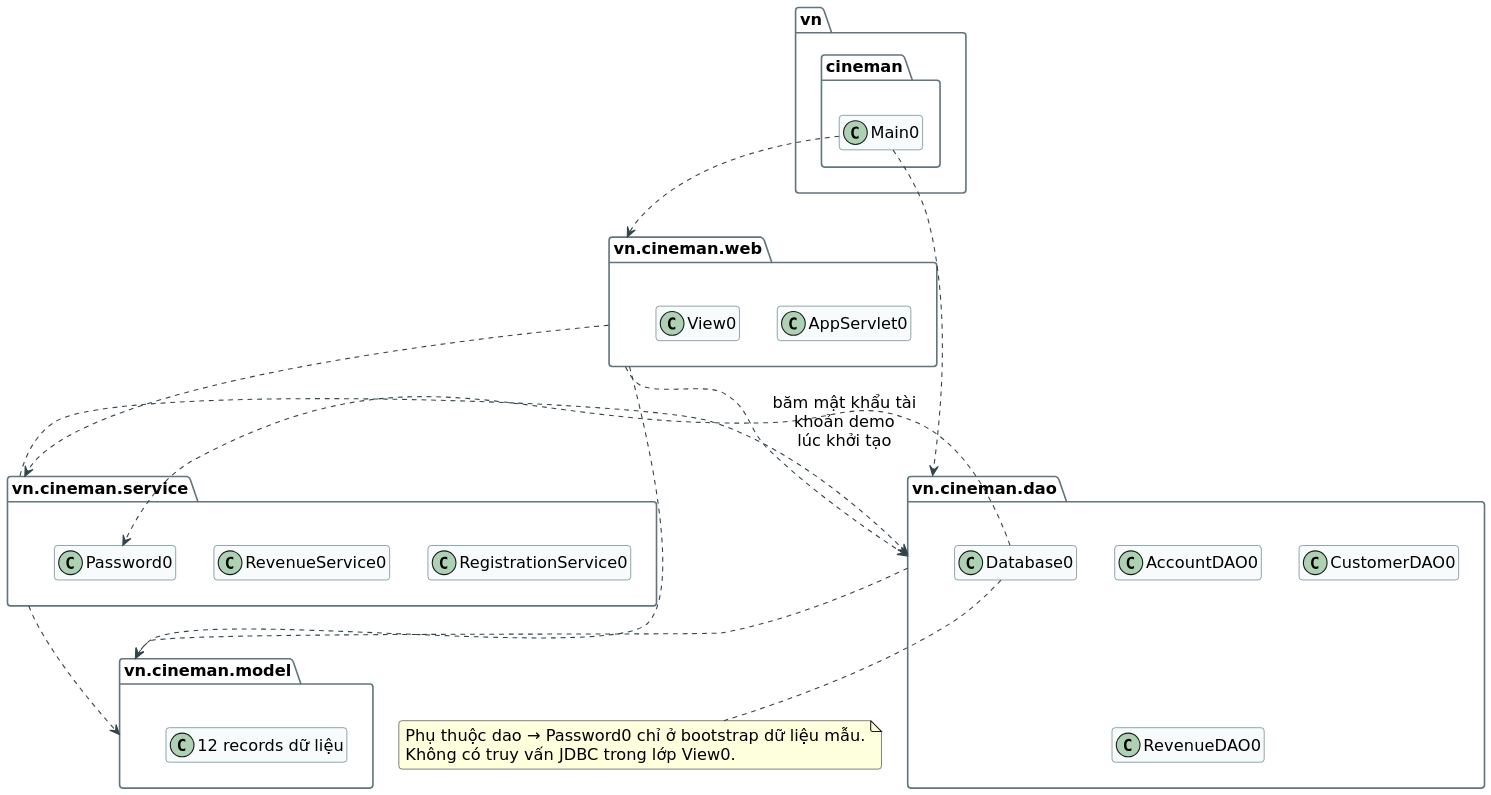
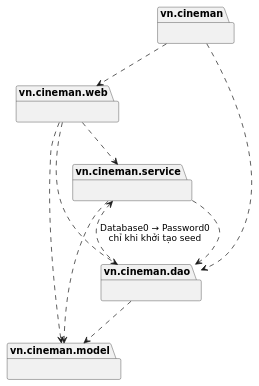
The diagram in uml/thiet-ke/14-packages.puml (tinhatinh/PTTK), drawn with PlantUML before and after one commit. The commit also changed 91 other files, not shown here.

Commit message:
Build editable Visual Paradigm project and export 20 sharp UML diagrams

```diff
--- a/uml/thiet-ke/14-packages.puml
+++ b/uml/thiet-ke/14-packages.puml
@@ -1,49 +1,23 @@
 @startuml 14-packages
 skinparam defaultFontName DejaVu Sans
-skinparam defaultFontSize 15
 skinparam shadowing false
-skinparam backgroundColor white
-skinparam ArrowColor #33444C
-skinparam classBackgroundColor #F8FBFB
-skinparam classBorderColor #335D64
-skinparam packageBorderColor #60757D
-skinparam roundcorner 6
-skinparam dpi 150
-skinparam maxMessageSize 180
-hide empty members
-top to bottom direction
-package "vn.cineman" {
- class Main0
+package "vn.cineman" as main {
 }
-package "vn.cineman.web" as W {
- class AppServlet0
-class View0
+package "vn.cineman.web" as web {
 }
-package "vn.cineman.service" as S {
- class RegistrationService0
-class RevenueService0
-class Password0
+package "vn.cineman.service" as service {
 }
-package "vn.cineman.dao" as D {
- class Database0
-class AccountDAO0
-class CustomerDAO0
-class RevenueDAO0
+package "vn.cineman.dao" as dao {
 }
-package "vn.cineman.model" as M {
- class "12 records dữ liệu" as Records
+package "vn.cineman.model" as model {
 }
-Main0 ..> W
-Main0 ..> D
-W ..> S
-W ..> D
-W ..> M
-S ..> D
-S ..> M
-D ..> M
-Database0 ..> Password0 : băm mật khẩu tài khoản demo\nlúc khởi tạo
-note bottom of Database0
-Phụ thuộc dao → Password0 chỉ ở bootstrap dữ liệu mẫu.
-Không có truy vấn JDBC trong lớp View0.
-end note
+main ..> web
+main ..> dao
+web ..> service
+web ..> dao
+web ..> model
+service ..> dao
+service ..> model
+dao ..> model
+dao ..> service : Database0 → Password0\nchỉ khi khởi tạo seed
 @enduml
```
